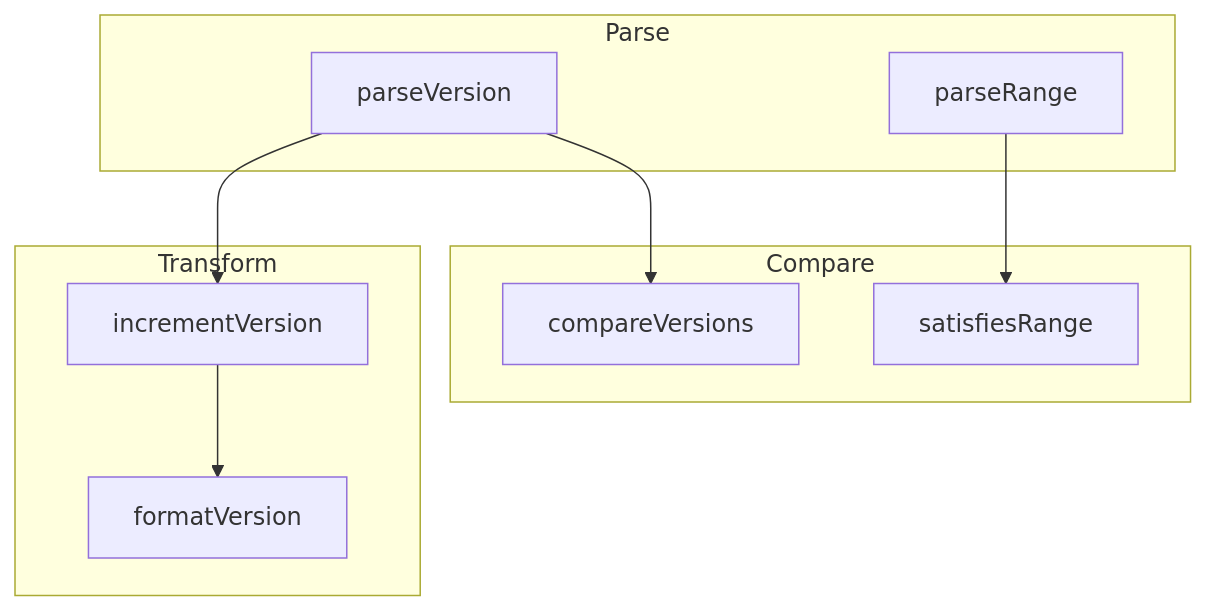
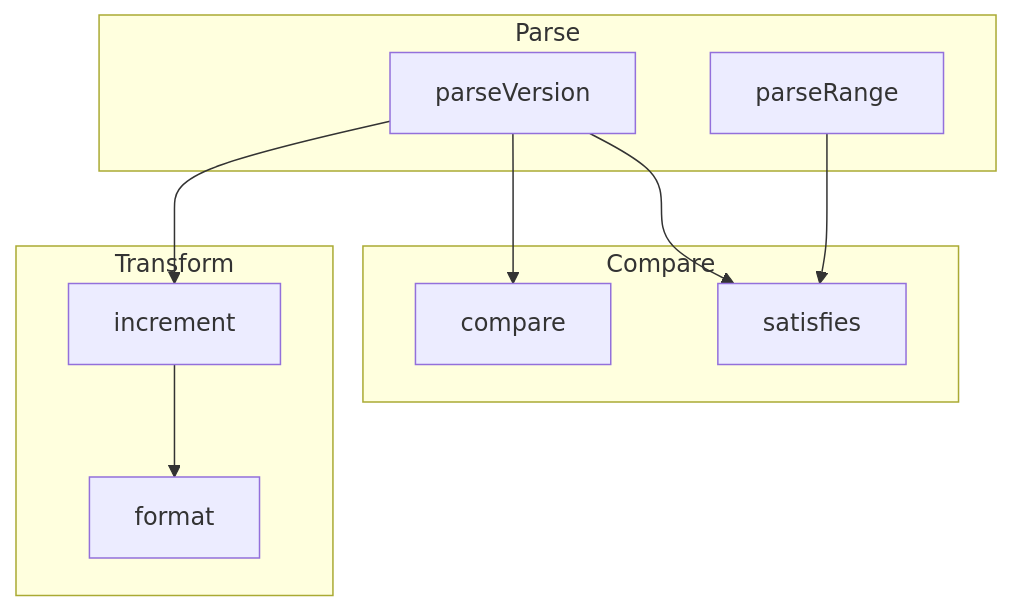
Before and after one commit to AndrewRedican/hyperfrontend: diagram 11 of 15 in libs/versioning/ARCHITECTURE.md, drawn with Mermaid. The commit also changed other lines of this file and 2 other files, not shown here.

Commit message:
docs(lib-versioning): match the semver docs to the exported api

````diff
--- a/libs/versioning/ARCHITECTURE.md
+++ b/libs/versioning/ARCHITECTURE.md
@@ -439,22 +440,23 @@
 ```mermaid
 flowchart TB
     subgraph "Parse"
         parseVersion[parseVersion]
         parseRange[parseRange]
     end
 
     subgraph "Compare"
-        compareVersions[compareVersions]
-        satisfiesRange[satisfiesRange]
+        compare[compare]
+        satisfies[satisfies]
     end
 
     subgraph "Transform"
-        incrementVersion[incrementVersion]
-        formatVersion[formatVersion]
+        increment[increment]
+        format[format]
     end
 
-    parseVersion --> compareVersions
-    parseRange --> satisfiesRange
-    parseVersion --> incrementVersion
-    incrementVersion --> formatVersion
+    parseVersion --> compare
+    parseVersion --> satisfies
+    parseRange --> satisfies
+    parseVersion --> increment
+    increment --> format
 ```
````
